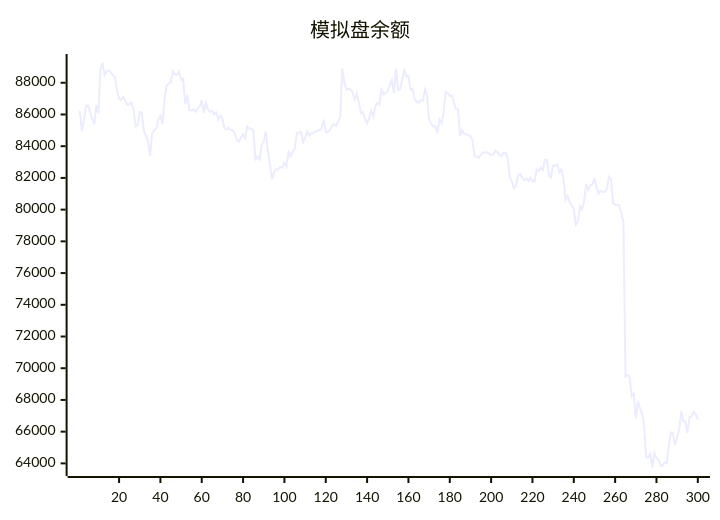
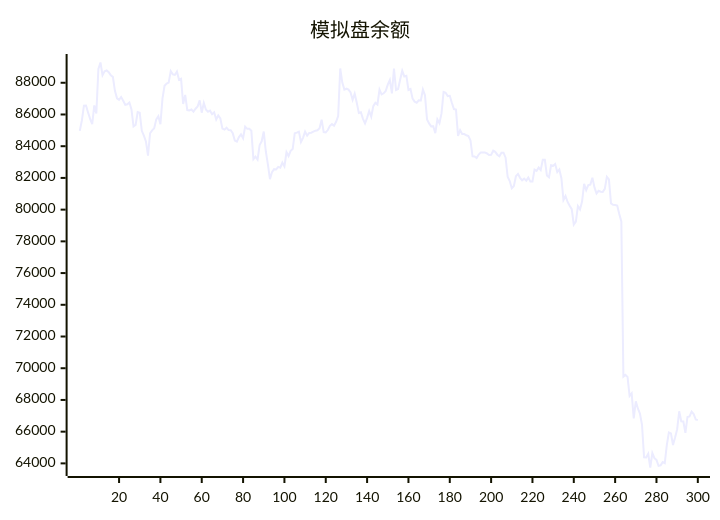
Before and after one commit to aahl/ai-trading: the diagram in README.md, drawn with Mermaid. The commit also changed other lines of this file and 1 other file, not shown here.

````diff
--- a/README.md
+++ b/README.md
@@ -5,5 +5,5 @@
 ```mermaid
 xychart
     title "模拟盘余额"
-    line [86238,84966,85623,86555,86562,86129,85722,85387,86569,86070,88870,89278,88477,88720,88781,88668,88467,88372,87493,87018,86917,87102,86870,86613,86644,86758,86317,85242,85334,86149,86106,84968,84671,84302,83410,84816,85001,85127,85693,85891,85384,87001,87811,87945,88007,88734,88528,88495,88705,88189,88248,86662,87234,86279,86251,86314,86177,86364,86503,86886,86114,86731,86310,86176,86240,86017,86136,85685,85938,85749,85111,85044,85164,85016,85008,84824,84354,84287,84572,84745,84500,85234,85096,85095,84970,83180,83338,83157,84070,84309,84922,83667,82850,81924,82369,82552,82539,82695,82648,82962,82728,83619,83378,83710,83825,84819,84854,84917,84265,84527,84919,84668,84834,84850,84916,84981,85004,85131,85674,84891,84864,85019,85284,85393,85294,85538,85894,88904,88012,87567,87625,87568,87386,86920,87313,86737,86094,86143,85725,85437,85787,86219,85859,86526,86740,86630,87563,87264,87335,87483,87886,88180,87335,88894,87544,87608,88207,88755,88401,88444,87543,87608,87000,86810,86740,86894,86884,87576,87209,85686,85435,85251,85255,84820,85689,85453,86066,87420,87373,87161,87178,86740,86341,86315,84643,85012,84772,84768,84690,84635,84376,83360,83357,83259,83474,83608,83606,83602,83548,83440,83454,83724,83644,83464,83365,83590,83592,83275,82072,81806,81344,81492,82109,82254,82006,81848,81955,81829,82022,81769,81776,82522,82441,82656,82498,83144,83144,82150,82038,82797,82763,82872,82367,82536,81981,80612,80862,80484,80242,80034,79063,79245,80226,80016,80507,81625,81233,81544,81578,82016,81401,81019,81186,81130,81118,81306,82066,81909,80392,80304,80291,80258,79729,79261,69466,69579,69456,68251,68415,66832,67911,67462,67144,66432,64380,64375,64606,63740,64647,64324,64216,63842,63877,64078,64008,65156,65945,65888,65157,65625,66144,67284,66653,66639,65924,66925,66956,67263,67108,66766]
+    line [84966,85623,86555,86562,86129,85722,85387,86569,86070,88870,89278,88477,88720,88781,88668,88467,88372,87493,87018,86917,87102,86870,86613,86644,86758,86317,85242,85334,86149,86106,84968,84671,84302,83410,84816,85001,85127,85693,85891,85384,87001,87811,87945,88007,88734,88528,88495,88705,88189,88248,86662,87234,86279,86251,86314,86177,86364,86503,86886,86114,86731,86310,86176,86240,86017,86136,85685,85938,85749,85111,85044,85164,85016,85008,84824,84354,84287,84572,84745,84500,85234,85096,85095,84970,83180,83338,83157,84070,84309,84922,83667,82850,81924,82369,82552,82539,82695,82648,82962,82728,83619,83378,83710,83825,84819,84854,84917,84265,84527,84919,84668,84834,84850,84916,84981,85004,85131,85674,84891,84864,85019,85284,85393,85294,85538,85894,88904,88012,87567,87625,87568,87386,86920,87313,86737,86094,86143,85725,85437,85787,86219,85859,86526,86740,86630,87563,87264,87335,87483,87886,88180,87335,88894,87544,87608,88207,88755,88401,88444,87543,87608,87000,86810,86740,86894,86884,87576,87209,85686,85435,85251,85255,84820,85689,85453,86066,87420,87373,87161,87178,86740,86341,86315,84643,85012,84772,84768,84690,84635,84376,83360,83357,83259,83474,83608,83606,83602,83548,83440,83454,83724,83644,83464,83365,83590,83592,83275,82072,81806,81344,81492,82109,82254,82006,81848,81955,81829,82022,81769,81776,82522,82441,82656,82498,83144,83144,82150,82038,82797,82763,82872,82367,82536,81981,80612,80862,80484,80242,80034,79063,79245,80226,80016,80507,81625,81233,81544,81578,82016,81401,81019,81186,81130,81118,81306,82066,81909,80392,80304,80291,80258,79729,79261,69466,69579,69456,68251,68415,66832,67911,67462,67144,66432,64380,64375,64606,63740,64647,64324,64216,63842,63877,64078,64008,65156,65945,65888,65157,65625,66144,67284,66653,66639,65924,66925,66956,67263,67108,66766,66729]
 ```
````
